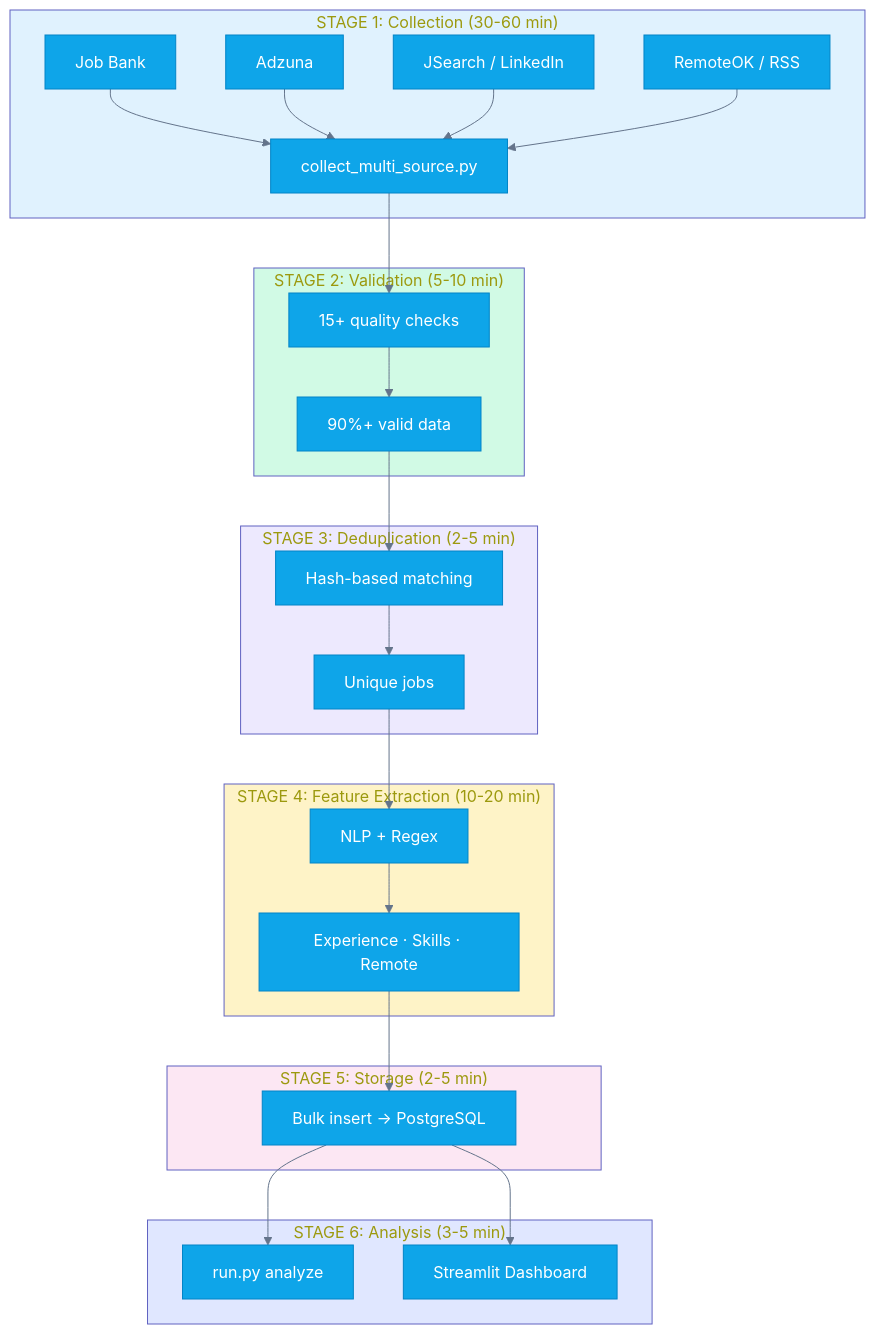
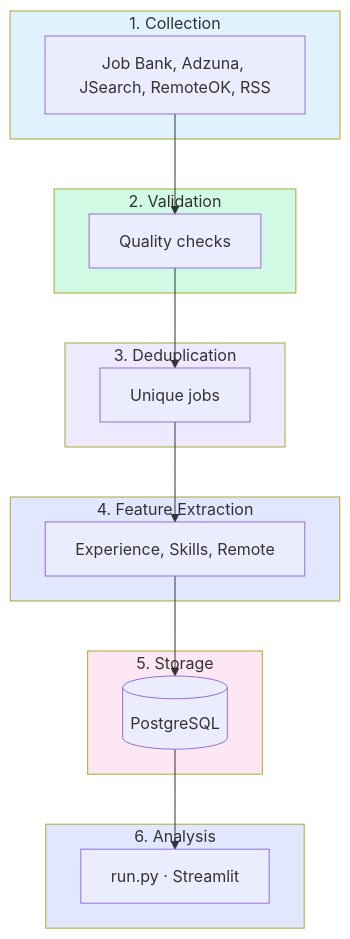
The second of 3 diagrams in README.md (NevilPatel01/JobMarketResearch), drawn with Mermaid before and after one commit. The commit also changed other lines of this file, not shown here.

Commit message:
Refactor README to improve project structure clarity and update data pipeline flowchart for better visualization

````diff
--- a/README.md
+++ b/README.md
@@ -267,42 +248,29 @@
 ```mermaid
-%%{init: {'theme':'base', 'themeVariables': { 'primaryColor':'#0ea5e9','primaryTextColor':'#fff','primaryBorderColor':'#0284c7','lineColor':'#64748b','secondaryColor':'#10b981','tertiaryColor':'#6366f1'}}}%%
 flowchart TB
-    subgraph COLLECT["STAGE 1: Collection (30-60 min)"]
-        A[Job Bank] 
-        B[Adzuna]
-        C[JSearch / LinkedIn]
-        D[RemoteOK / RSS]
-        A & B & C & D --> E[collect_multi_source.py]
+    subgraph S1["1. Collection"]
+        A[Job Bank, Adzuna, JSearch, RemoteOK, RSS]
     end
+    subgraph S2["2. Validation"]
+        B[Quality checks]
+    end
+    subgraph S3["3. Deduplication"]
+        C[Unique jobs]
+    end
+    subgraph S4["4. Feature Extraction"]
+        D[Experience, Skills, Remote]
+    end
+    subgraph S5["5. Storage"]
+        E[(PostgreSQL)]
+    end
+    subgraph S6["6. Analysis"]
+        F[run.py · Streamlit]
+    end
+    A --> B --> C --> D --> E --> F
     
-    subgraph VALID["STAGE 2: Validation (5-10 min)"]
-        E --> F[15+ quality checks]
-        F --> G["90%+ valid data"]
-    end
-    
-    subgraph DEDUPE["STAGE 3: Deduplication (2-5 min)"]
-        G --> H[Hash-based matching]
-        H --> I[Unique jobs]
-    end
-    
-    subgraph EXTRACT["STAGE 4: Feature Extraction (10-20 min)"]
-        I --> J[NLP + Regex]
-        J --> K[Experience · Skills · Remote]
-    end
-    
-    subgraph STORE["STAGE 5: Storage (2-5 min)"]
-        K --> L[Bulk insert → PostgreSQL]
-    end
-    
-    subgraph ANALYZE["STAGE 6: Analysis (3-5 min)"]
-        L --> M[run.py analyze]
-        L --> N[Streamlit Dashboard]
-    end
-    
-    style COLLECT fill:#e0f2fe
-    style VALID fill:#d1fae5
-    style DEDUPE fill:#ede9fe
-    style EXTRACT fill:#fef3c7
-    style STORE fill:#fce7f3
-    style ANALYZE fill:#e0e7ff
+    style S1 fill:#e0f2fe
+    style S2 fill:#d1fae5
+    style S3 fill:#ede9fe
+    style S4 fill:#e0e7ff
+    style S5 fill:#fce7f3
+    style S6 fill:#e0e7ff
 ```
````
